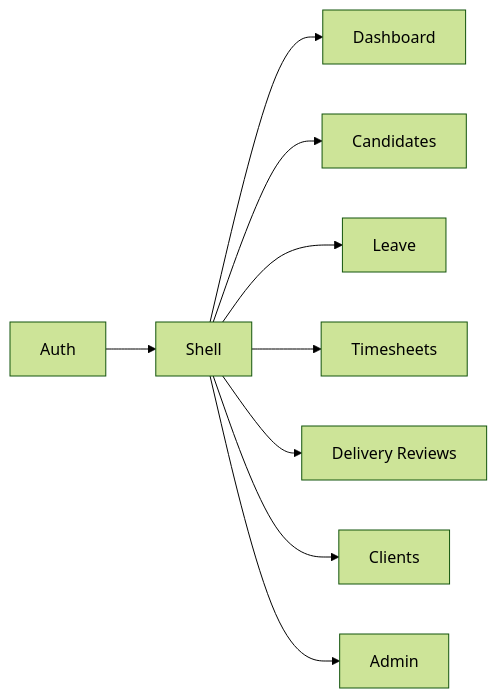
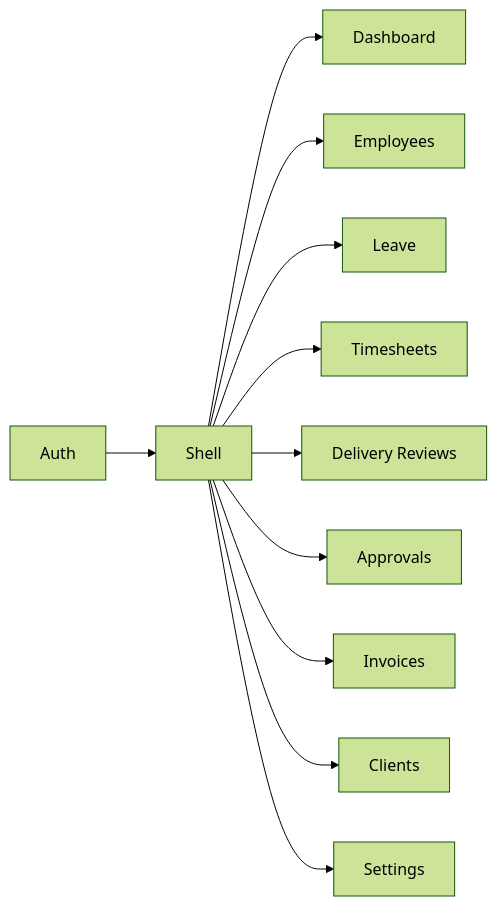
One commit to harshbrickred-ctrl/CDT_v1.0.0 changed the diagram in docs/09-frontend/FEATURE_MODULES.md. Above: the diagram before and after it, drawn with Mermaid (forest theme). The commit also changed other lines of this file and 20 other files, not shown here.

````diff
--- a/docs/09-frontend/FEATURE_MODULES.md
+++ b/docs/09-frontend/FEATURE_MODULES.md
@@ -26,11 +26,13 @@
 ```mermaid
 flowchart LR
   Auth --> Shell
   Shell --> Dashboard
-  Shell --> Candidates
+  Shell --> Employees
   Shell --> Leave
   Shell --> Timesheets
   Shell --> Reviews[Delivery Reviews]
+  Shell --> Approvals
+  Shell --> Invoices
   Shell --> Clients
-  Shell --> Admin
+  Shell --> Settings
 ```
````
